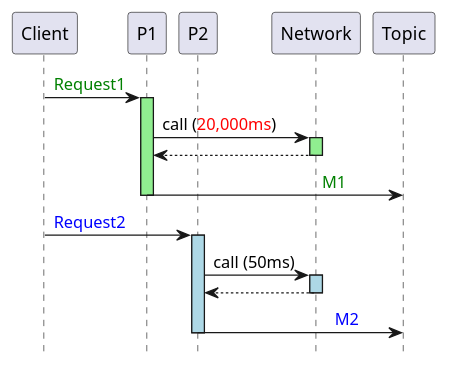
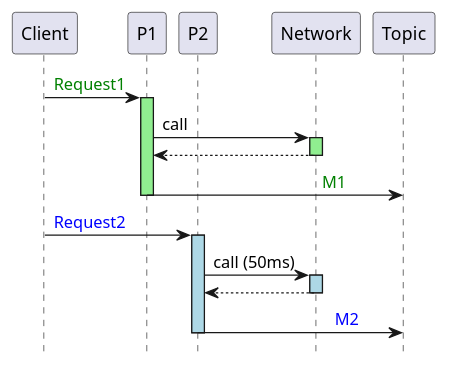
Before and after one commit to victorrentea/kafka: the diagram in patterns/devoxx/1_producer_race.puml, drawn with PlantUML.

```diff
--- a/patterns/devoxx/1_producer_race.puml
+++ b/patterns/devoxx/1_producer_race.puml
@@ -1,27 +1,28 @@
 @startuml
 'title Producer Race
 hide footbox
 participant Client
 participant P1
 participant P2
 
 
 Client->P1: <font color=green>Request1
 activate P1 #lightgreen
-P1->Network: call (<font color=red>20,000ms</font>)
+P1->Network: call
+'(<font color=red>20,000ms</font>)
 activate Network #lightgreen
 '<- place here
 P1<--Network--
 P1->Topic: <font color=green>                                       M1
 P1--
 
 '---🔽start: move this section up
 Client->P2: <font color=blue>Request2
 activate P2 #lightblue
 P2->Network:call (50ms)
 activate Network #lightblue
 P2<--Network--
 P2->Topic: <font color=blue>                              M2
 P2--
 '--- 🔼end
 @enduml
```
